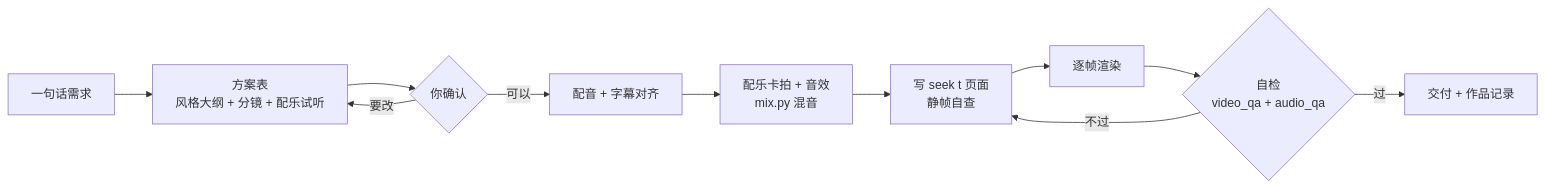
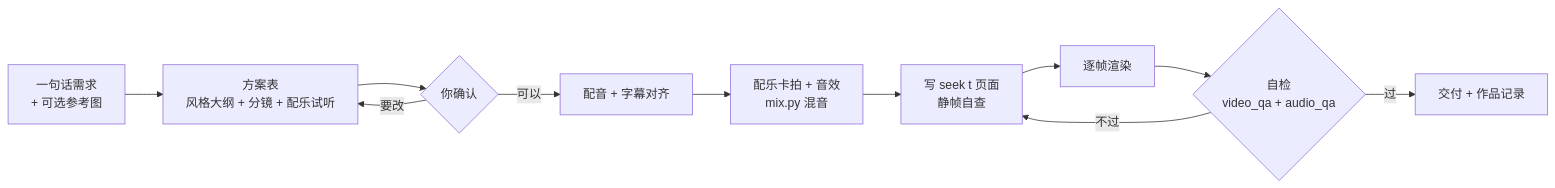
One commit to limboinf/video-skill changed the diagram in README.md. Above: the diagram before and after it, drawn with Mermaid. The commit also changed other lines of this file and 3 other files, not shown here.

````diff
--- a/README.md
+++ b/README.md
@@ -28,13 +12,13 @@
 ```mermaid
 flowchart LR
-  A[一句话需求] --> B[方案表<br/>风格大纲 + 分镜 + 配乐试听]
+  A[一句话需求<br/>+ 可选参考图] --> B[方案表<br/>风格大纲 + 分镜 + 配乐试听]
   B --> C{你确认}
   C -- 要改 --> B
   C -- 可以 --> D[配音 + 字幕对齐]
   D --> E[配乐卡拍 + 音效<br/>mix.py 混音]
   E --> F[写 seek t 页面<br/>静帧自查]
   F --> G[逐帧渲染]
   G --> H{自检<br/>video_qa + audio_qa}
   H -- 不过 --> F
   H -- 过 --> I[交付 + 作品记录]
 ```
````
